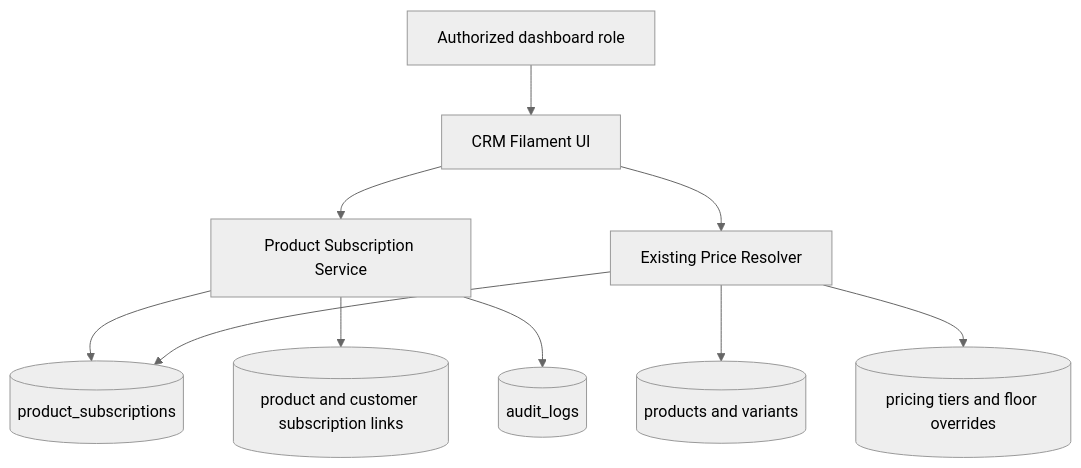
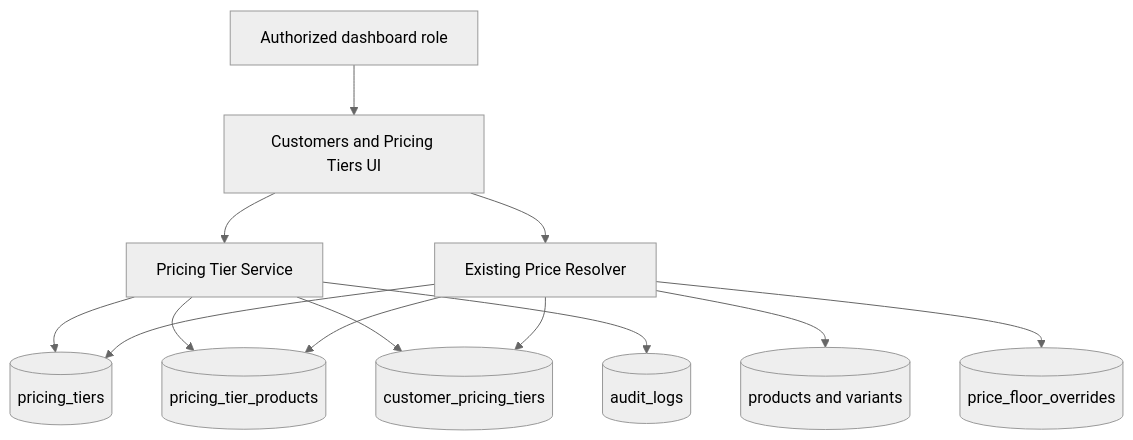
One commit to MustafaFares445/erp changed the fifth of 12 diagrams in Docs/database/DFD.md. Above: the diagram before and after it, drawn with Mermaid (neutral theme). The commit also changed other lines of this file and 19 other files, not shown here.

Commit message:
Update CRM specifications and architecture

````diff
--- a/Docs/database/DFD.md
+++ b/Docs/database/DFD.md
@@ -72,12 +72,15 @@
 ```mermaid
 flowchart TD
-    Admin[Authorized dashboard role] --> CRMUI[CRM Filament UI]
-    CRMUI --> SubscriptionService[Product Subscription Service]
-    SubscriptionService --> Subscriptions[(product_subscriptions)]
-    SubscriptionService --> Links[(product and customer subscription links)]
-    SubscriptionService --> Audit[(audit_logs)]
+    Admin[Authorized dashboard role] --> CRMUI[Customers and Pricing Tiers UI]
+    CRMUI --> TierService[Pricing Tier Service]
+    TierService --> Tiers[(pricing_tiers)]
+    TierService --> ProductLinks[(pricing_tier_products)]
+    TierService --> Assignments[(customer_pricing_tiers)]
+    TierService --> Audit[(audit_logs)]
     CRMUI --> PriceResolver[Existing Price Resolver]
     PriceResolver --> Products[(products and variants)]
-    PriceResolver --> Subscriptions
-    PriceResolver --> Pricing[(pricing tiers and floor overrides)]
+    PriceResolver --> Tiers
+    PriceResolver --> ProductLinks
+    PriceResolver --> Assignments
+    PriceResolver --> Floors[(price_floor_overrides)]
 ```
````
